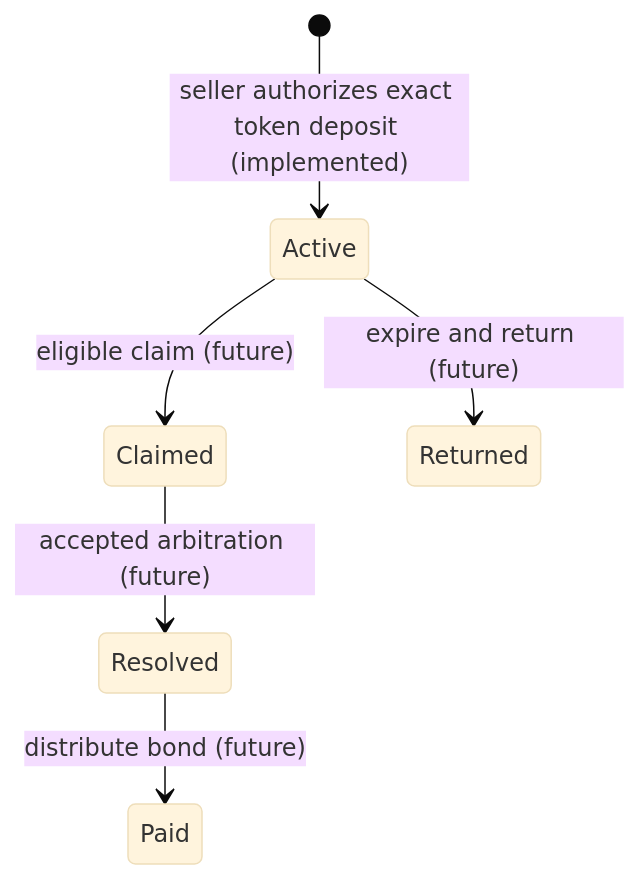
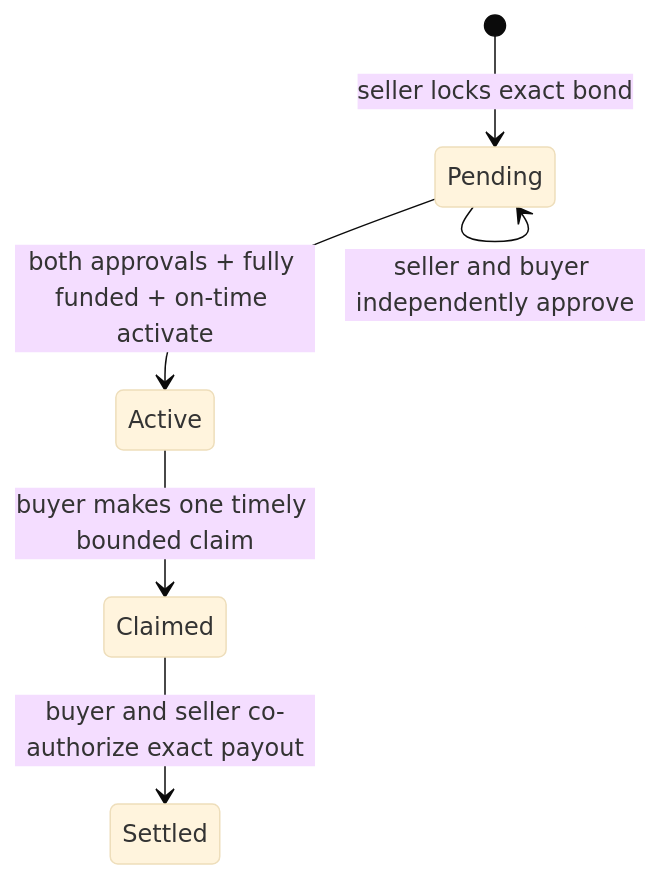
One commit to SoraClipse/SoroBond changed the diagram in docs/product-spec.md. Above: the diagram before and after it, drawn with Mermaid (base theme). The commit also changed other lines of this file and 16 other files, not shown here.

````diff
--- a/docs/product-spec.md
+++ b/docs/product-spec.md
@@ -20,8 +15,8 @@
 ```mermaid
 stateDiagram-v2
-  [*] --> Active: seller authorizes exact token deposit (implemented)
-  Active --> Claimed: eligible claim (future)
-  Active --> Returned: expire and return (future)
-  Claimed --> Resolved: accepted arbitration (future)
-  Resolved --> Paid: distribute bond (future)
+  [*] --> Pending: seller locks exact bond
+  Pending --> Pending: seller and buyer independently approve
+  Pending --> Active: both approvals + fully funded + on-time activate
+  Active --> Claimed: buyer makes one timely bounded claim
+  Claimed --> Settled: buyer and seller co-authorize exact payout
 ```
````
